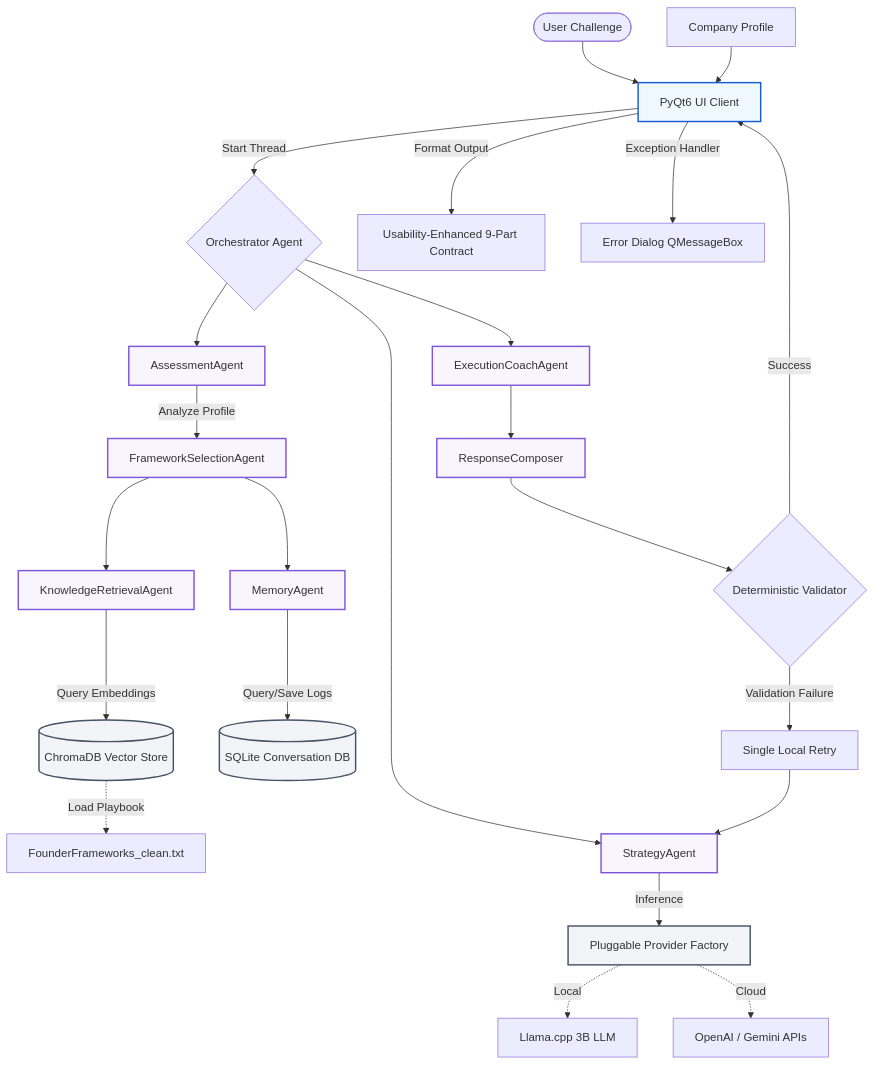
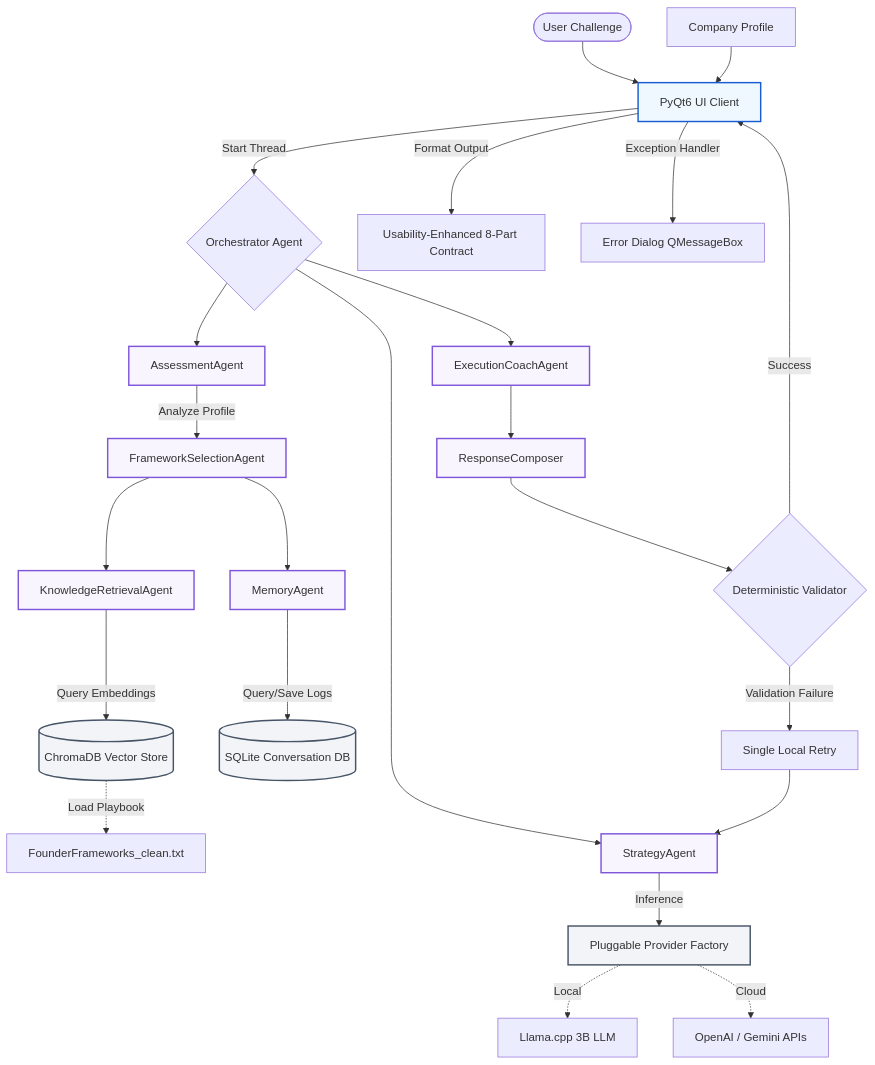
One commit to vivekgreenitive-bit/founder-ai-app changed the diagram in README.md. Above: the diagram before and after it, drawn with Mermaid. The commit also changed other lines of this file and 7 other files, not shown here.

Commit message:
feat: implement 8-part contract, strategy and execution agent alignment, and updated README documentation

````diff
--- a/README.md
+++ b/README.md
@@ -35,37 +35,37 @@
 ```mermaid
 graph TD
     classDef agent fill:#f9f5ff,stroke:#7f56d9,stroke-width:2px;
     classDef storage fill:#f2f4f7,stroke:#475467,stroke-width:2px;
     classDef client fill:#eff8ff,stroke:#175cd3,stroke-width:2px;
     
     User([User Challenge]) --> UI[PyQt6 UI Client]:::client
     Profile[Company Profile] --> UI
     
     UI -->|Start Thread| Orchestrator{Orchestrator Agent}
     
     Orchestrator --> Assessment[AssessmentAgent]:::agent
     Assessment -->|Analyze Profile| FrameworkSelect[FrameworkSelectionAgent]:::agent
     
     FrameworkSelect --> Retrieval[KnowledgeRetrievalAgent]:::agent
     Retrieval -->|Query Embeddings| Chroma[(ChromaDB Vector Store)]:::storage
     Chroma -.->|Load Playbook| Playbook[FounderFrameworks_clean.txt]
     
     FrameworkSelect --> Memory[MemoryAgent]:::agent
     Memory -->|Query/Save Logs| SQLite[(SQLite Conversation DB)]:::storage
     
     Orchestrator --> Strategy[StrategyAgent]:::agent
     Strategy -->|Inference| Provider[Pluggable Provider Factory]:::storage
     Provider -.->|Local| Llama[Llama.cpp 3B LLM]
     Provider -.->|Cloud| APIs[OpenAI / Gemini APIs]
     
     Orchestrator --> Execution[ExecutionCoachAgent]:::agent
     Execution --> Composer[ResponseComposer]:::agent
     
     Composer --> Validator{Deterministic Validator}
     Validator -->|Validation Failure| Retry[Single Local Retry]
     Retry --> Strategy
     
     Validator -->|Success| UI
-    UI -->|Format Output| Output[Usability-Enhanced 9-Part Contract]
+    UI -->|Format Output| Output[Usability-Enhanced 8-Part Contract]
     UI -->|Exception Handler| Alert[Error Dialog QMessageBox]
 ```
````
